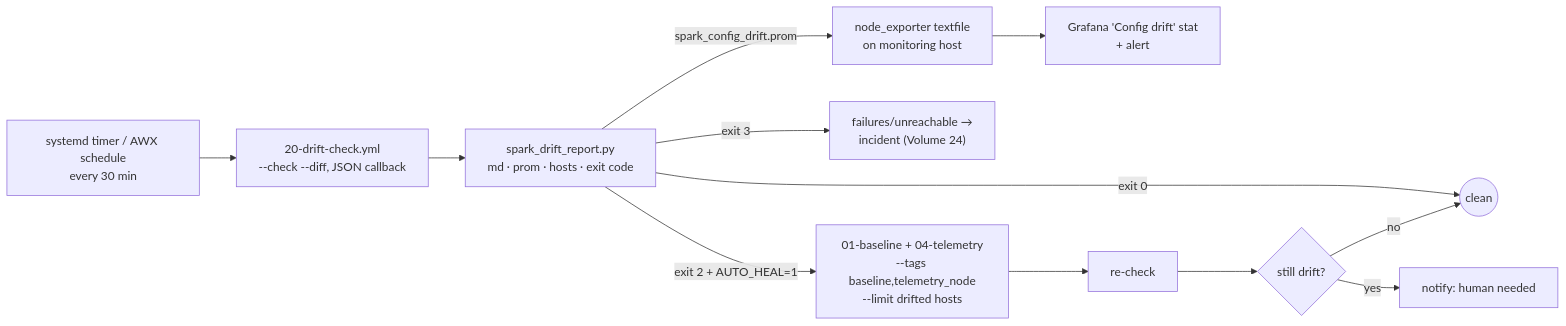
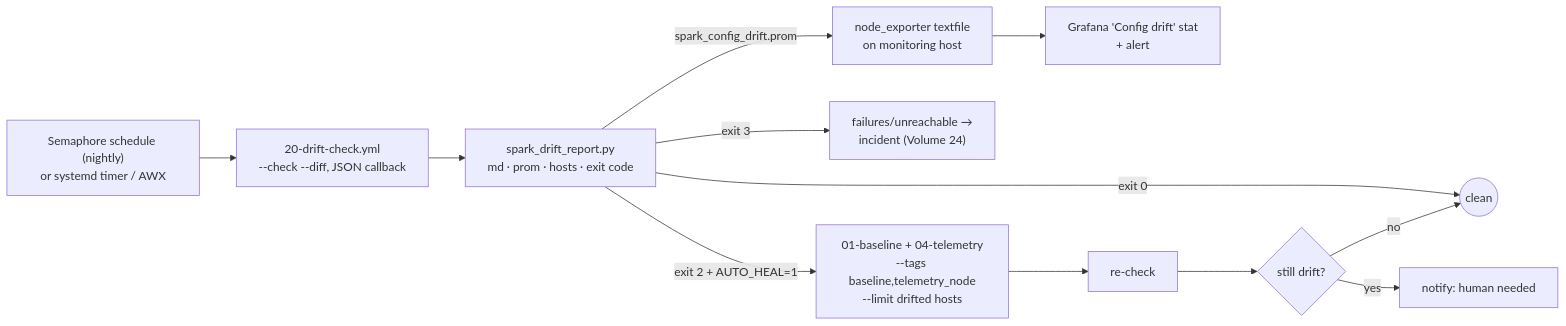
Before and after one commit to cloudone365/technical-depth: the diagram in 01 Ansible/22-configuration-drift-detection-and-self-healing.md, drawn with Mermaid. The commit also changed other lines of this file and 37 other files, not shown here.

````diff
--- a/01 Ansible/22-configuration-drift-detection-and-self-healing.md
+++ b/01 Ansible/22-configuration-drift-detection-and-self-healing.md
@@ -27,12 +27,12 @@
 ```mermaid
 flowchart LR
-  T["systemd timer / AWX schedule<br/>every 30 min"] --> C["20-drift-check.yml<br/>--check --diff, JSON callback"]
+  T["Semaphore schedule (nightly)<br/>or systemd timer / AWX"] --> C["20-drift-check.yml<br/>--check --diff, JSON callback"]
   C --> R["spark_drift_report.py<br/>md · prom · hosts · exit code"]
   R -->|"spark_config_drift.prom"| NE["node_exporter textfile<br/>on monitoring host"] --> G["Grafana 'Config drift' stat<br/>+ alert"]
   R -->|exit 0| OK((clean))
   R -->|exit 3| INC["failures/unreachable →<br/>incident (Volume 24)"]
   R -->|"exit 2 + AUTO_HEAL=1"| H["01-baseline + 04-telemetry<br/>--tags baseline,telemetry_node<br/>--limit drifted hosts"]
   H --> C2["re-check"] --> R2{"still drift?"}
   R2 -->|yes| TKT["notify: human needed"]
   R2 -->|no| OK
 ```
````
